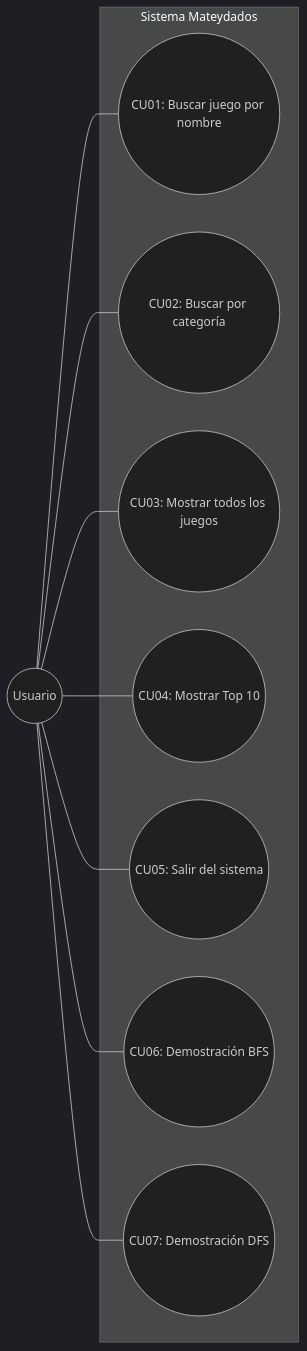
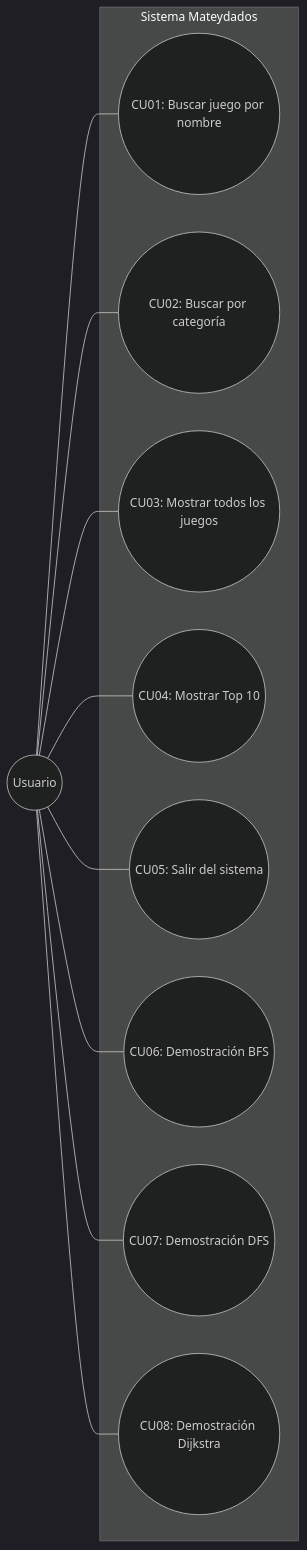
One commit to jonihauff/Matesydados changed the diagram in docs/02-casos-de-uso.md. Above: the diagram before and after it, drawn with Mermaid (dark theme). The commit also changed other lines of this file and 5 other files, not shown here.

````diff
--- a/docs/02-casos-de-uso.md
+++ b/docs/02-casos-de-uso.md
@@ -5,20 +5,22 @@
 ```mermaid
 graph LR
     subgraph Mateydados ["Sistema Mateydados"]
         CU1(("CU01: Buscar juego por nombre"))
         CU2(("CU02: Buscar por categoría"))
         CU3(("CU03: Mostrar todos los juegos"))
         CU4(("CU04: Mostrar Top 10"))
         CU5(("CU05: Salir del sistema"))
         CU6(("CU06: Demostración BFS"))
         CU7(("CU07: Demostración DFS"))
+        CU8(("CU08: Demostración Dijkstra"))
     end
 
     Usuario((Usuario)) --- CU1
     Usuario --- CU2
     Usuario --- CU3
     Usuario --- CU4
     Usuario --- CU5
     Usuario --- CU6
     Usuario --- CU7
+    Usuario --- CU8
 ```
````
